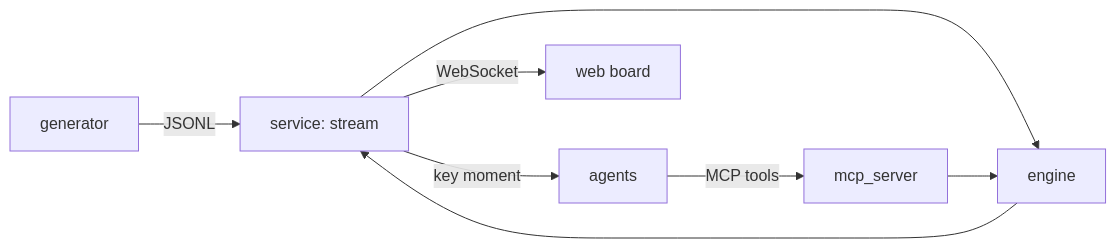
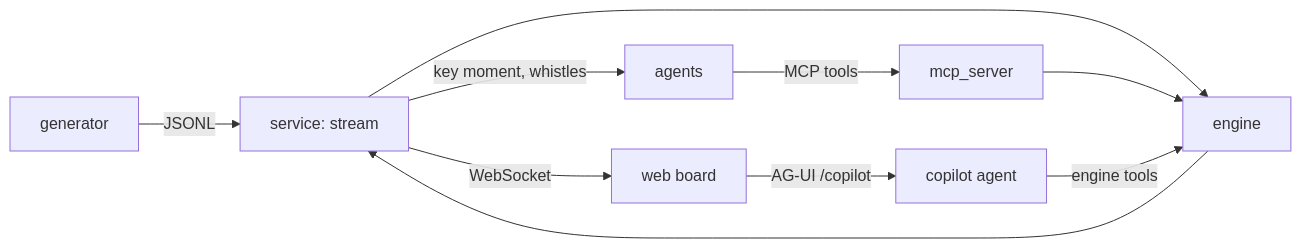
Before and after one commit to vamsi243/Decisionlens: the first of 6 diagrams in ARCHITECTURE.md, drawn with Mermaid. The commit also changed other lines of this file and 3 other files, not shown here.

First line of the commit message:
docs: bring README, features, architecture and code explainer up to date

````diff
--- a/ARCHITECTURE.md
+++ b/ARCHITECTURE.md
@@ -4,9 +4,10 @@
 ```mermaid
 flowchart LR
   G[generator] -->|JSONL| S[service: stream]
   S --> E[engine]
   E --> S
-  S -->|key moment| A[agents]
+  S -->|key moment, whistles| A[agents]
   A -->|MCP tools| M[mcp_server] --> E
   S -->|WebSocket| W[web board]
+  W -->|AG-UI /copilot| C[copilot agent] -->|engine tools| E
 ```
````
